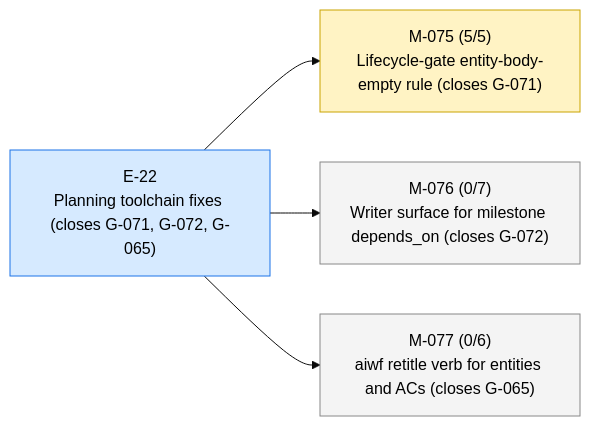
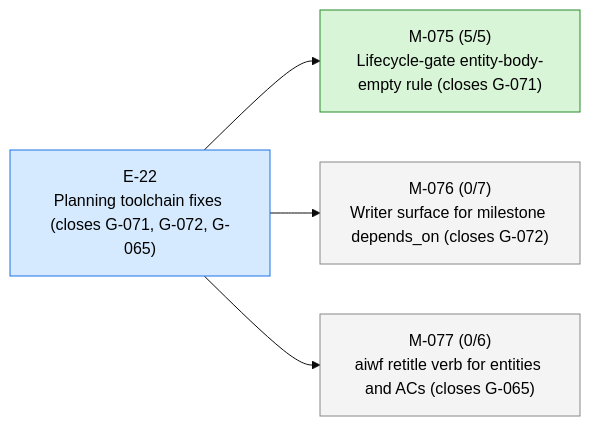
Before and after one commit to 23min/aiwf: the first of 3 diagrams in STATUS.md, drawn with Mermaid (base theme). The commit also changed other lines of this file and 1 other file, not shown here.

First line of the commit message:
aiwf promote M-075 in_progress -> done

````diff
--- a/STATUS.md
+++ b/STATUS.md
@@ -13,16 +13,16 @@
 ```mermaid
 flowchart LR
   E_22["E-22<br/>Planning toolchain fixes (closes G-071, G-072, G-065)"]:::epic_active
-  M_075["M-075 (5/5)<br/>Lifecycle-gate entity-body-empty rule (closes G-071)"]:::ms_in_progress
+  M_075["M-075 (5/5)<br/>Lifecycle-gate entity-body-empty rule (closes G-071)"]:::ms_done
   E_22 --> M_075
   M_076["M-076 (0/7)<br/>Writer surface for milestone depends_on (closes G-072)"]:::ms_draft
   E_22 --> M_076
   M_077["M-077 (0/6)<br/>aiwf retitle verb for entities and ACs (closes G-065)"]:::ms_draft
   E_22 --> M_077
   classDef epic_active fill:#d6eaff,stroke:#1a73e8,color:#000
   classDef epic_proposed fill:#f4f4f4,stroke:#888,color:#000
   classDef ms_done fill:#d8f5d8,stroke:#2a8a2a,color:#000
   classDef ms_in_progress fill:#fff3c4,stroke:#caa400,color:#000
   classDef ms_draft fill:#f4f4f4,stroke:#888,color:#000
   classDef ms_cancelled fill:#fbeaea,stroke:#c33,color:#000
 ```
````
